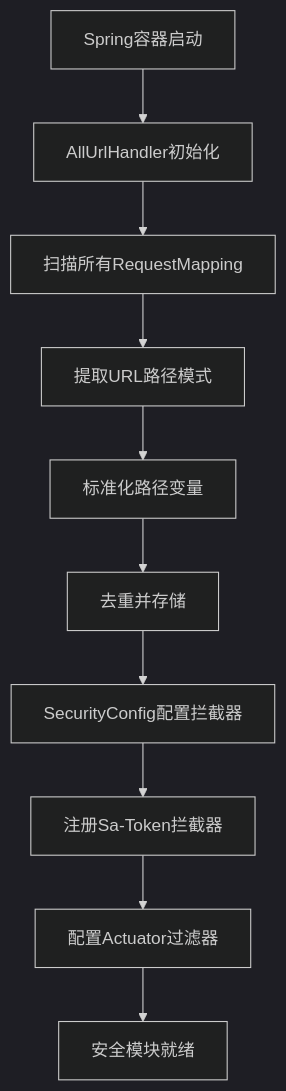
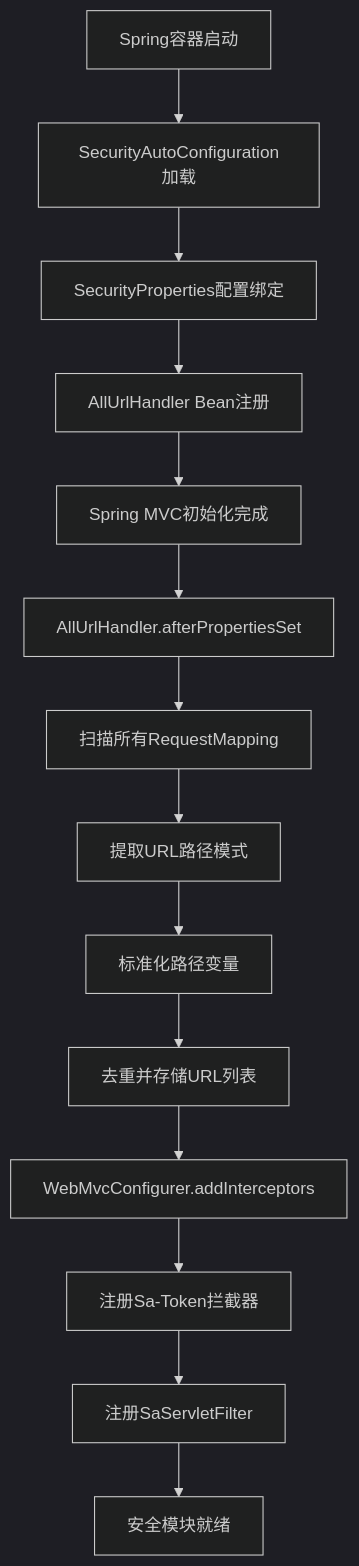
Before and after one commit to bkywksj/ruoyi-plus-uniapp-docs: the third of 4 diagrams in docs/backend/common/security.md, drawn with Mermaid (dark theme). The commit also changed other lines of this file and 21 other files, not shown here.

````diff
--- a/docs/backend/common/security.md
+++ b/docs/backend/common/security.md
@@ -248,12 +665,16 @@
 ```mermaid
 graph TD
-    A[Spring容器启动] --> B[AllUrlHandler初始化]
-    B --> C[扫描所有RequestMapping]
-    C --> D[提取URL路径模式]
-    D --> E[标准化路径变量]
-    E --> F[去重并存储]
-    F --> G[SecurityConfig配置拦截器]
-    G --> H[注册Sa-Token拦截器]
-    H --> I[配置Actuator过滤器]
-    I --> J[安全模块就绪]
+    A[Spring容器启动] --> B[SecurityAutoConfiguration加载]
+    B --> C[SecurityProperties配置绑定]
+    C --> D[AllUrlHandler Bean注册]
+    D --> E[Spring MVC初始化完成]
+    E --> F[AllUrlHandler.afterPropertiesSet]
+    F --> G[扫描所有RequestMapping]
+    G --> H[提取URL路径模式]
+    H --> I[标准化路径变量]
+    I --> J[去重并存储URL列表]
+    J --> K[WebMvcConfigurer.addInterceptors]
+    K --> L[注册Sa-Token拦截器]
+    L --> M[注册SaServletFilter]
+    M --> N[安全模块就绪]
 ```
````
